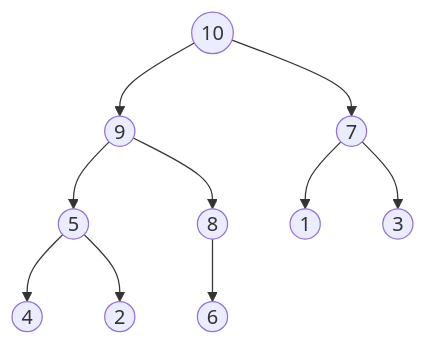
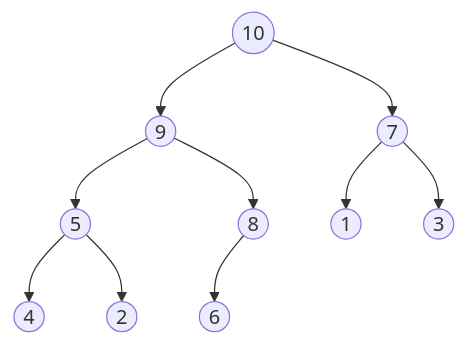
One commit to hanggrian/IIT-CS535 changed the third of 6 diagrams in assignments/hw2.md. Above: the diagram before and after it, drawn with Mermaid. The commit also changed other lines of this file and 4 other files, not shown here.

````diff
--- a/assignments/hw2.md
+++ b/assignments/hw2.md
@@ -136,12 +139,15 @@
 ```mermaid
 graph TB
   A((10)) --> B((9))
   A --> C((7))
   B --> D((5))
   B --> E((8))
   C --> F((1))
   C --> G((3))
   D --> H((4))
   D --> I((2))
   E --> J((6))
+  E ~~~ K:::hidden
+
+  classDef hidden display: none;
 ```
````
